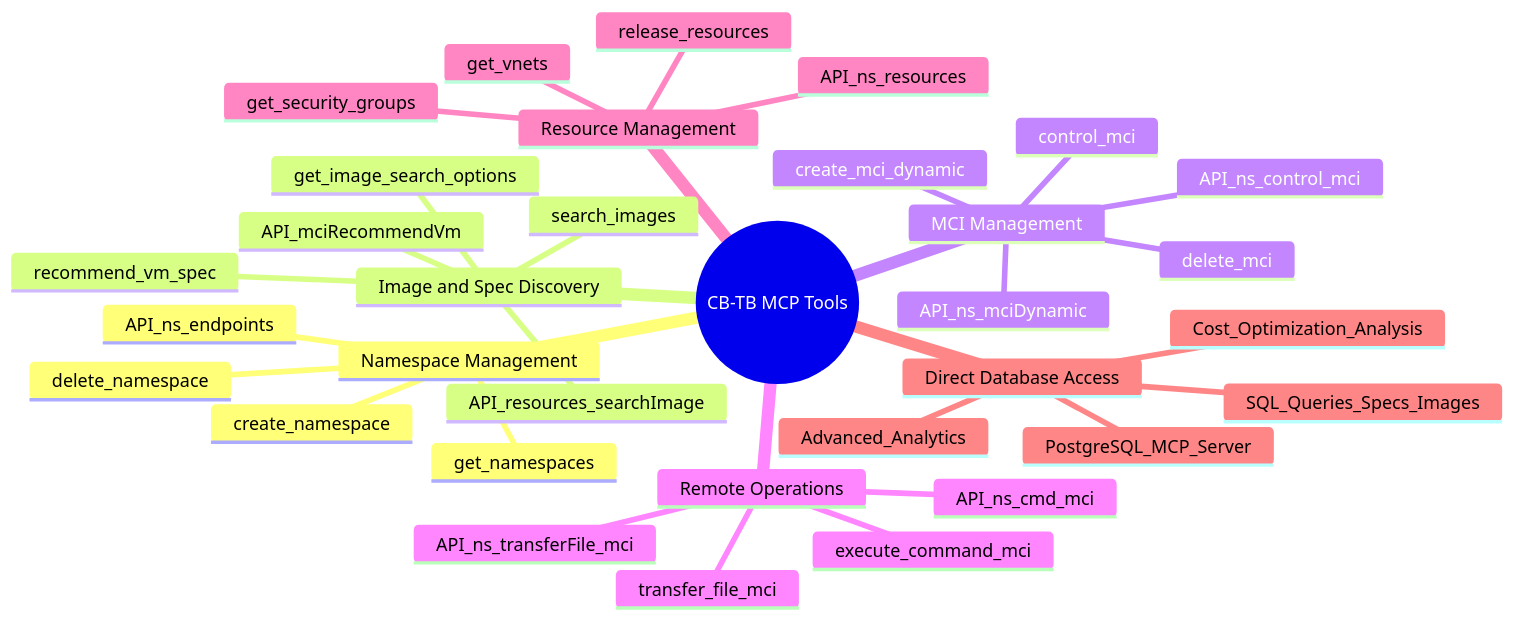
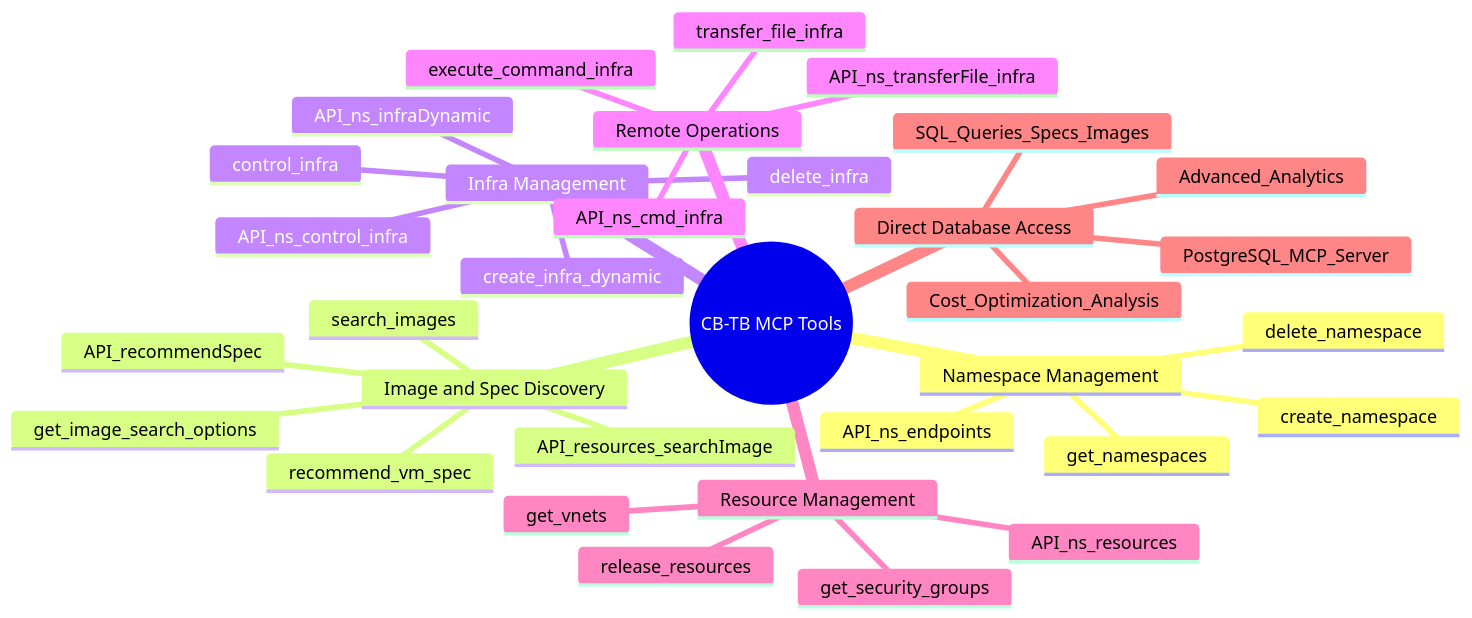
Before and after one commit to cloud-barista/cm-beetle: the sixth of 7 diagrams in deployments/docker-compose/cb-tumblebug/interface/mcp/architecture.md, drawn with Mermaid. The commit also changed other lines of this file and 59 other files, not shown here.

````diff
--- a/deployments/docker-compose/cb-tumblebug/interface/mcp/architecture.md
+++ b/deployments/docker-compose/cb-tumblebug/interface/mcp/architecture.md
@@ -242,41 +238,41 @@
 ```mermaid
 mindmap
   root((CB-TB MCP Tools))
     Namespace Management
       get_namespaces
       create_namespace
       delete_namespace
       API_ns_endpoints
     
     Image and Spec Discovery
       get_image_search_options
       search_images
       recommend_vm_spec
       API_resources_searchImage
-      API_mciRecommendVm
+      API_recommendSpec
     
-    MCI Management
-      create_mci_dynamic
-      control_mci
-      delete_mci
-      API_ns_mciDynamic
-      API_ns_control_mci
+    Infra Management
+      create_infra_dynamic
+      control_infra
+      delete_infra
+      API_ns_infraDynamic
+      API_ns_control_infra
     
     Remote Operations
-      execute_command_mci
-      transfer_file_mci
-      API_ns_cmd_mci
-      API_ns_transferFile_mci
+      execute_command_infra
+      transfer_file_infra
+      API_ns_cmd_infra
+      API_ns_transferFile_infra
     
     Resource Management
       get_vnets
       get_security_groups
       release_resources
       API_ns_resources
     
     Direct Database Access
       PostgreSQL_MCP_Server
       SQL_Queries_Specs_Images
       Advanced_Analytics
       Cost_Optimization_Analysis
 ```
````
